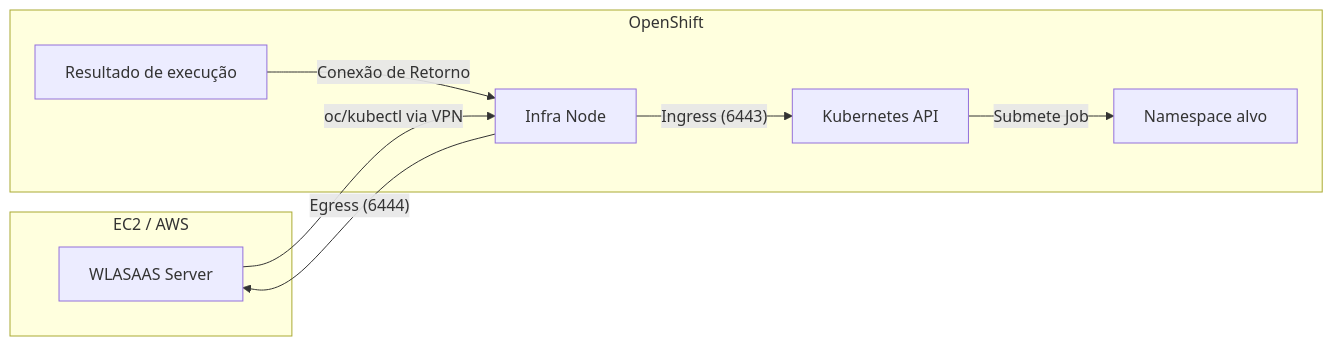
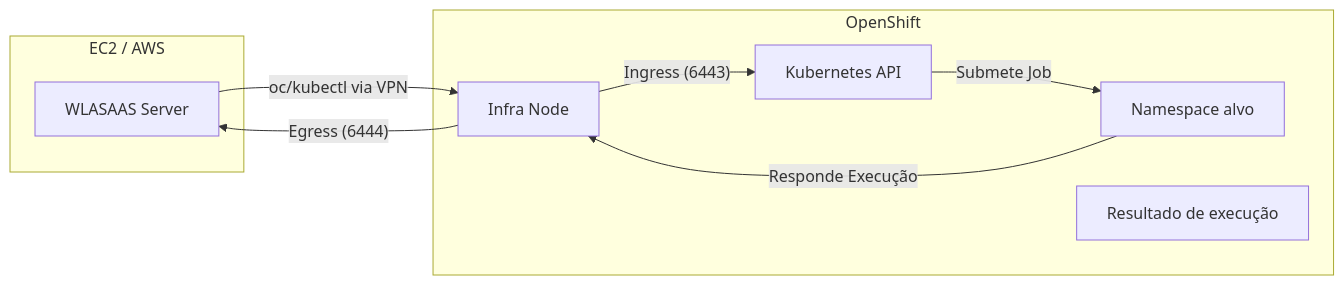
One commit to mbenedicto99/CTM_OCP changed the diagram in README.md. Above: the diagram before and after it, drawn with Mermaid.

Commit message:
WLASaaS->OCP 20250912

````diff
--- a/README.md
+++ b/README.md
@@ -127,20 +127,20 @@
 ```mermaid
 flowchart LR
   subgraph AWS["EC2 / AWS"]
     CM["WLASAAS Server"]
   end
 
   subgraph OCP["OpenShift"]
     IN["Infra Node"]
     API["Kubernetes API"]
     NS["Namespace alvo"]
     AG["Resultado de execução"]
   end
 
   CM -- "oc/kubectl via VPN" --> IN
   IN -- "Ingress (6443)" --> API
   API -- "Submete Job" --> NS
 
-  AG -- "Conexão de Retorno" --> IN 
+  NS -- "Responde Execução" --> IN
   IN -- "Egress (6444)" --> CM
 ```
````
